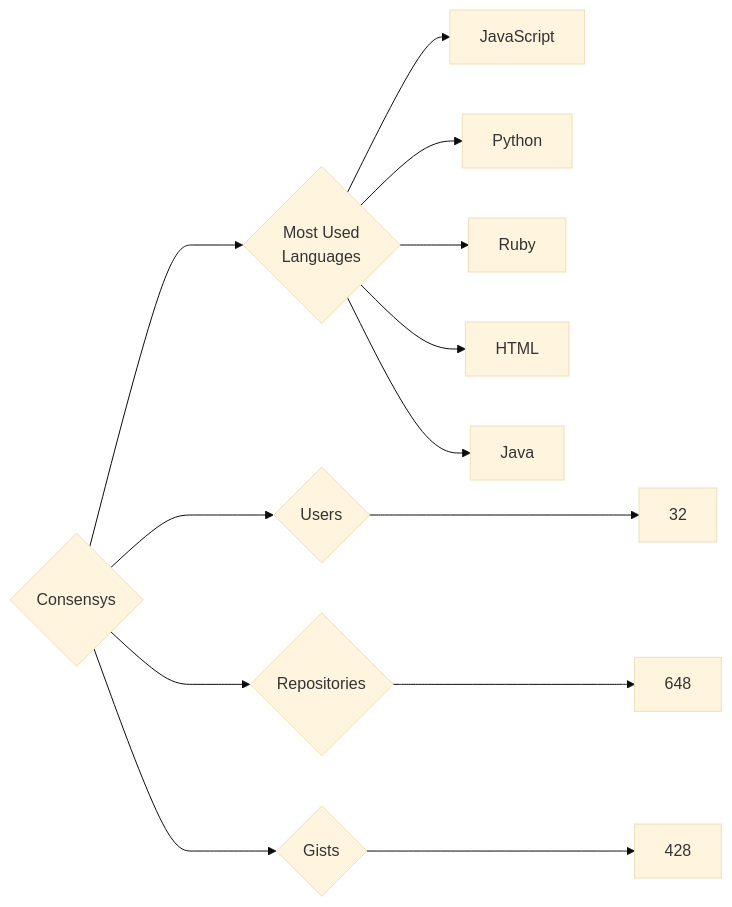
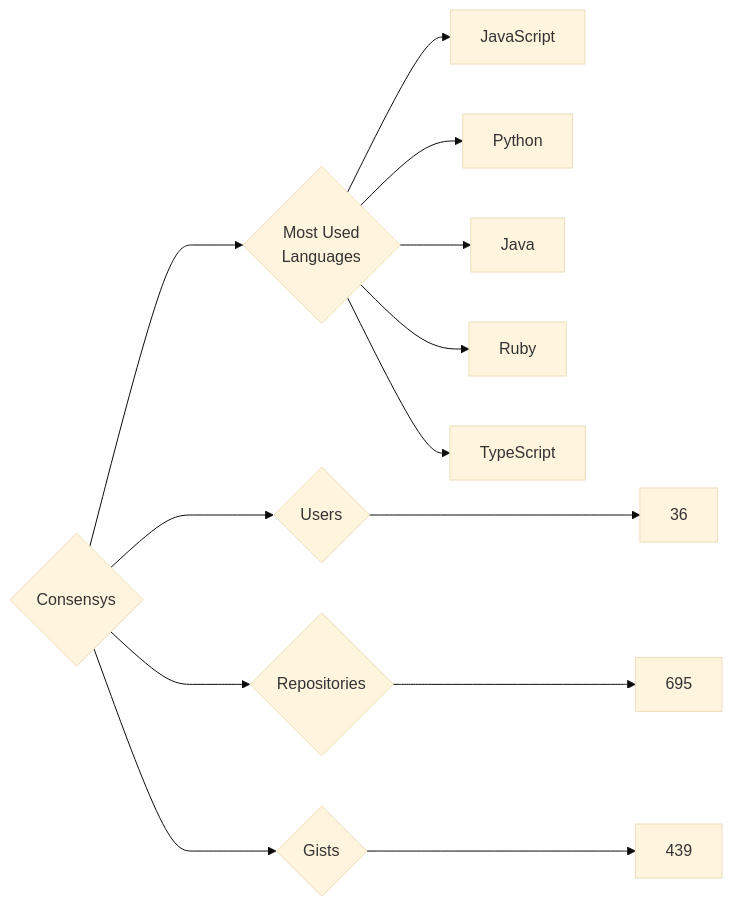
Before and after one commit to trickest/insiders: the diagram in targets/Consensys/README.md, drawn with Mermaid (base theme). The commit also changed 930 other files, not shown here.

````diff
--- a/targets/Consensys/README.md
+++ b/targets/Consensys/README.md
@@ -3,13 +3,13 @@
 ```mermaid
 graph LR
 COMPANY_NAME{Consensys}
-COMPANY_NAME ---> U{Users} ---> UN[32]
-COMPANY_NAME ---> R{Repositories} ---> RN[648]
-COMPANY_NAME ---> G{Gists} ---> GN[428]
+COMPANY_NAME ---> U{Users} ---> UN[36]
+COMPANY_NAME ---> R{Repositories} ---> RN[695]
+COMPANY_NAME ---> G{Gists} ---> GN[439]
 COMPANY_NAME ---> ML{Most Used<br>Languages}
 ML --> JavaScript[JavaScript]
 ML --> Python[Python]
+ML --> Java[Java]
 ML --> Ruby[Ruby]
-ML --> HTML[HTML]
-ML --> Java[Java]
+ML --> TypeScript[TypeScript]
 ```
````
